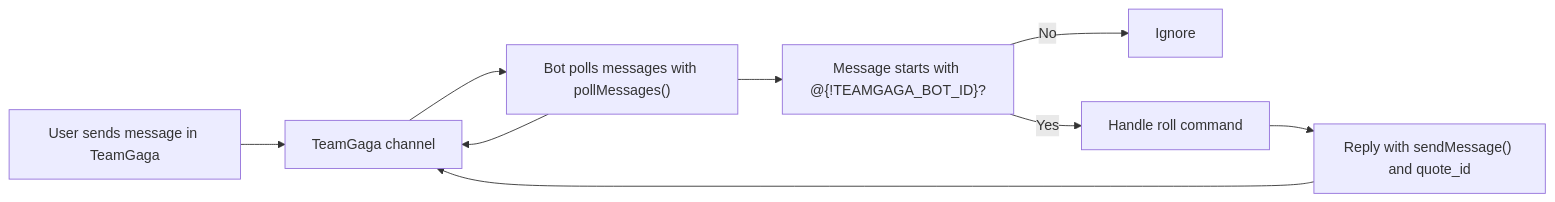
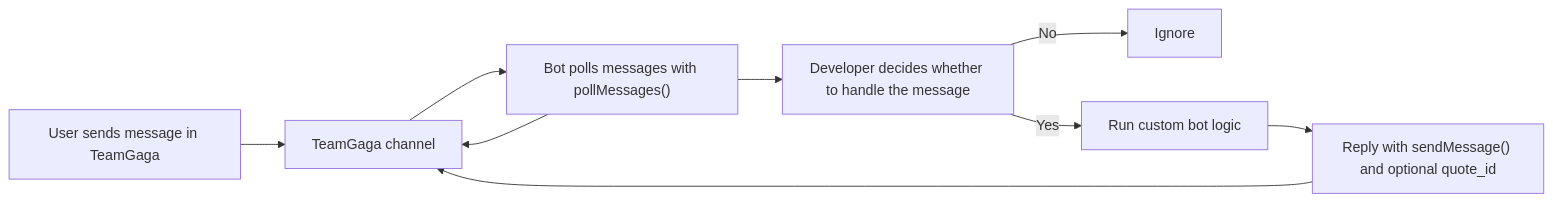
One commit to AlbertaMoulton/teamgaga-example-app changed the diagram in README.md. Above: the diagram before and after it, drawn with Mermaid.

Commit message:
docs: generalize bot message flow

````diff
--- a/README.md
+++ b/README.md
@@ -38,11 +38,11 @@
 ```mermaid
 flowchart LR
   user["User sends message in TeamGaga"] --> channel["TeamGaga channel"]
   bot["Bot polls messages with pollMessages()"] --> channel
   channel --> bot
-  bot --> check["Message starts with @{!TEAMGAGA_BOT_ID}?"]
-  check -->|No| ignore["Ignore"]
-  check -->|Yes| handle["Handle roll command"]
-  handle --> reply["Reply with sendMessage() and quote_id"]
+  bot --> decide["Developer decides whether to handle the message"]
+  decide -->|No| ignore["Ignore"]
+  decide -->|Yes| handle["Run custom bot logic"]
+  handle --> reply["Reply with sendMessage() and optional quote_id"]
   reply --> channel
 ```
````
